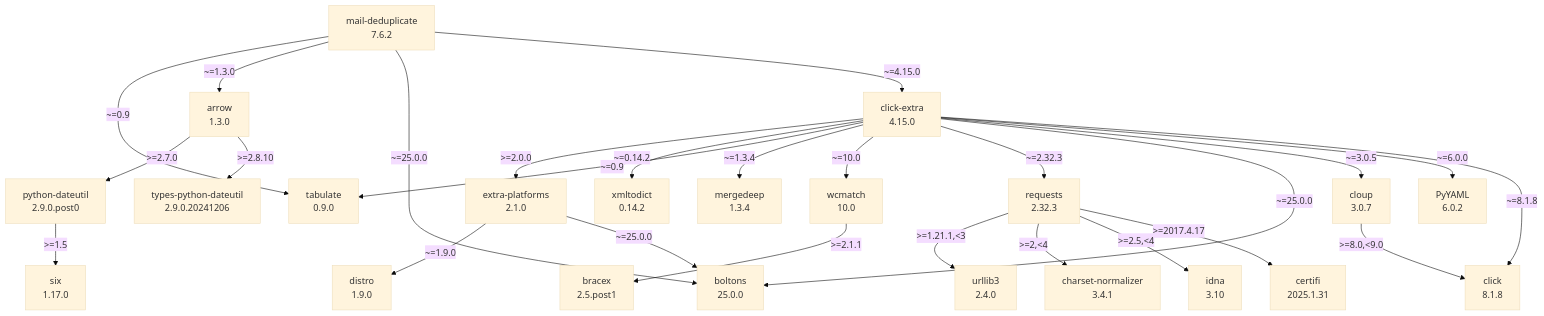
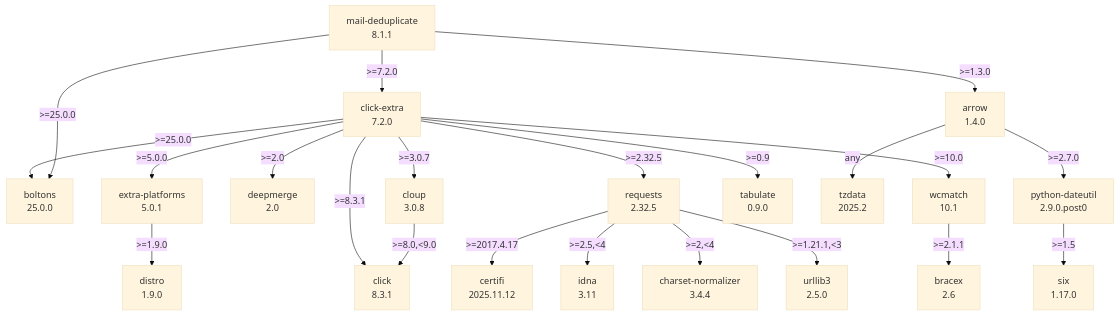
One commit to kdeldycke/mail-deduplicate changed the diagram in docs/assets/dependencies.mmd. Above: the diagram before and after it, drawn with Mermaid (base theme).

Commit message:
[autofix] Regenerate dependency graph

```diff
--- a/docs/assets/dependencies.mmd
+++ b/docs/assets/dependencies.mmd
@@ -1,49 +1,43 @@
 flowchart TD
     classDef missing stroke-dasharray: 5
-    arrow["arrow\n1.3.0"]
+    arrow["arrow\n1.4.0"]
     boltons["boltons\n25.0.0"]
-    bracex["bracex\n2.5.post1"]
-    certifi["certifi\n2025.1.31"]
-    charset-normalizer["charset-normalizer\n3.4.1"]
-    click-extra["click-extra\n4.15.0"]
-    click_0["click\n8.1.8"]
-    cloup["cloup\n3.0.7"]
+    bracex["bracex\n2.6"]
+    certifi["certifi\n2025.11.12"]
+    charset-normalizer["charset-normalizer\n3.4.4"]
+    click-extra["click-extra\n7.2.0"]
+    click_0["click\n8.3.1"]
+    cloup["cloup\n3.0.8"]
+    deepmerge["deepmerge\n2.0"]
     distro["distro\n1.9.0"]
-    extra-platforms["extra-platforms\n2.1.0"]
-    idna["idna\n3.10"]
-    mail-deduplicate["mail-deduplicate\n7.6.2"]
-    mergedeep["mergedeep\n1.3.4"]
+    extra-platforms["extra-platforms\n5.0.1"]
+    idna["idna\n3.11"]
+    mail-deduplicate["mail-deduplicate\n8.1.1"]
     python-dateutil["python-dateutil\n2.9.0.post0"]
-    pyyaml["PyYAML\n6.0.2"]
-    requests["requests\n2.32.3"]
+    requests["requests\n2.32.5"]
     six["six\n1.17.0"]
     tabulate["tabulate\n0.9.0"]
-    types-python-dateutil["types-python-dateutil\n2.9.0.20241206"]
-    urllib3["urllib3\n2.4.0"]
-    wcmatch["wcmatch\n10.0"]
-    xmltodict["xmltodict\n0.14.2"]
+    tzdata["tzdata\n2025.2"]
+    urllib3["urllib3\n2.5.0"]
+    wcmatch["wcmatch\n10.1"]
     arrow -- ">=2.7.0" --> python-dateutil
-    arrow -- ">=2.8.10" --> types-python-dateutil
-    click-extra -- ">=2.0.0" --> extra-platforms
-    click-extra -- "~=0.14.2" --> xmltodict
-    click-extra -- "~=0.9" --> tabulate
-    click-extra -- "~=1.3.4" --> mergedeep
-    click-extra -- "~=10.0" --> wcmatch
-    click-extra -- "~=2.32.3" --> requests
-    click-extra -- "~=25.0.0" --> boltons
-    click-extra -- "~=3.0.5" --> cloup
-    click-extra -- "~=6.0.0" --> pyyaml
-    click-extra -- "~=8.1.8" --> click_0
+    arrow -- "any" --> tzdata
+    click-extra -- ">=0.9" --> tabulate
+    click-extra -- ">=10.0" --> wcmatch
+    click-extra -- ">=2.0" --> deepmerge
+    click-extra -- ">=2.32.5" --> requests
+    click-extra -- ">=25.0.0" --> boltons
+    click-extra -- ">=3.0.7" --> cloup
+    click-extra -- ">=5.0.0" --> extra-platforms
+    click-extra -- ">=8.3.1" --> click_0
     cloup -- ">=8.0,<9.0" --> click_0
-    extra-platforms -- "~=1.9.0" --> distro
-    extra-platforms -- "~=25.0.0" --> boltons
-    mail-deduplicate -- "~=0.9" --> tabulate
-    mail-deduplicate -- "~=1.3.0" --> arrow
-    mail-deduplicate -- "~=25.0.0" --> boltons
-    mail-deduplicate -- "~=4.15.0" --> click-extra
+    extra-platforms -- ">=1.9.0" --> distro
+    mail-deduplicate -- ">=1.3.0" --> arrow
+    mail-deduplicate -- ">=25.0.0" --> boltons
+    mail-deduplicate -- ">=7.2.0" --> click-extra
     python-dateutil -- ">=1.5" --> six
     requests -- ">=1.21.1,<3" --> urllib3
     requests -- ">=2,<4" --> charset-normalizer
     requests -- ">=2.5,<4" --> idna
     requests -- ">=2017.4.17" --> certifi
     wcmatch -- ">=2.1.1" --> bracex
```
